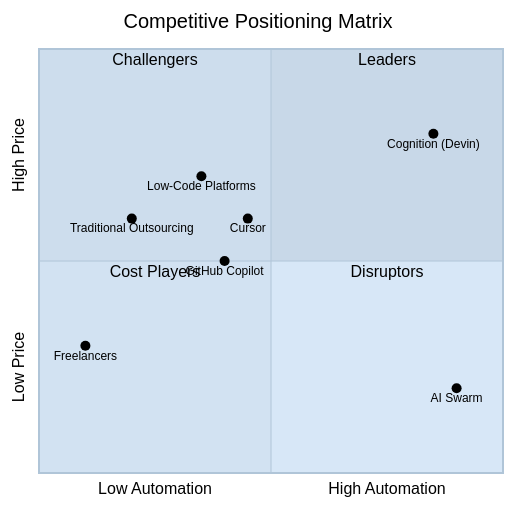
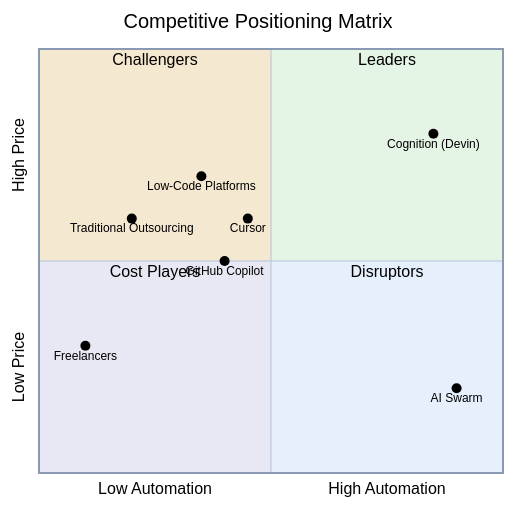
One commit to o2alexanderfedin/AI-Hive-Business-Docs changed the fifth of 8 diagrams in business-documents/market-analysis/05-competitive-landscape.md. Above: the diagram before and after it, drawn with Mermaid. The commit also changed other lines of this file, not shown here.

Commit message:
Add color coding to quadrant diagram sections
- Quadrant 1 (Leaders): Soft green (#E5F5E5)
- Quadrant 2 (Challengers): Soft yellow (#F5E8D0)
- Quadrant 3 (Cost Players): Soft purple (#E8E8F5)
- Quadrant 4 (Disruptors): Soft blue (#E5F0FC)
- Add color indicators to quadrant analysis
- Maintain black text for readability

````diff
--- a/business-documents/market-analysis/05-competitive-landscape.md
+++ b/business-documents/market-analysis/05-competitive-landscape.md
@@ -383,81 +383,48 @@
 ```mermaid
 %%{init: {
   'theme': 'base',
   'themeVariables': {
+    'quadrant1Fill': '#E5F5E5',
+    'quadrant2Fill': '#F5E8D0',
+    'quadrant3Fill': '#E8E8F5',
+    'quadrant4Fill': '#E5F0FC',
+    'quadrant1TextFill': '#000000',
+    'quadrant2TextFill': '#000000',
+    'quadrant3TextFill': '#000000',
+    'quadrant4TextFill': '#000000',
+    'quadrantPointFill': '#000000',
+    'quadrantPointTextFill': '#000000',
+    'quadrantXAxisTextFill': '#000000',
+    'quadrantYAxisTextFill': '#000000',
+    'quadrantInternalBorderStrokeFill': '#B0C5D8',
+    'quadrantExternalBorderStrokeFill': '#8A9AB2',
+    'quadrantTitleFill': '#000000',
     'primaryColor': '#C8D8E8',
     'primaryTextColor': '#000000',
     'primaryBorderColor': '#B0C5D8',
     'lineColor': '#B0C5D8',
-    'secondaryColor': '#B8DDD8',
-    'secondaryTextColor': '#000000',
-    'secondaryBorderColor': '#9ECCC5',
-    'tertiaryColor': '#C5DEF0',
-    'tertiaryTextColor': '#000000',
-    'tertiaryBorderColor': '#A8CCDE',
     'background': '#F8F8F8',
     'mainBkg': '#C8D8E8',
-    'secondBkg': '#B8DDD8',
-    'tertiaryBkg': '#C5DEF0',
-    'mainContrastColor': '#000000',
     'darkMode': false,
     'fontFamily': 'Arial, sans-serif',
-    'fontSize': '14px',
-    'labelBackground': '#F0F0F0',
-    'textColor': '#000000',
-    'nodeBkg': '#D5D8E5',
-    'nodeTextColor': '#000000',
-    'nodeBorder': '#C0C5D8',
-    'clusterBkg': '#E5D5DC',
-    'clusterBorder': '#D5C0CA',
-    'defaultLinkColor': '#B0C5D8',
-    'titleColor': '#000000',
-    'edgeLabelBackground': '#F8F8F8',
-    'actorBorder': '#B0C5D8',
-    'actorBkg': '#D5D8E5',
-    'actorTextColor': '#000000',
-    'actorLineColor': '#B0C5D8',
-    'signalColor': '#000000',
-    'signalTextColor': '#000000',
-    'activationBorderColor': '#B0C5D8',
-    'activationBkgColor': '#E5D5DC',
-    'sequenceNumberColor': '#000000',
-    'sectionBkgColor': '#F5E8D0',
-    'altSectionBkgColor': '#F0DFC5',
-    'sectionBkgColor2': '#E5D5DC',
-    'taskBorderColor': '#B0C5D8',
-    'taskBkgColor': '#D5D8E5',
-    'taskTextColor': '#000000',
-    'taskTextLightColor': '#000000',
-    'taskTextOutsideColor': '#000000',
-    'taskTextClickableColor': '#000000',
-    'activeTaskBorderColor': '#C8D8E8',
-    'activeTaskBkgColor': '#C5DEF0',
-    'gridColor': '#D8D8D8',
-    'doneTaskBkgColor': '#B8DDD8',
-    'doneTaskBorderColor': '#9ECCC5',
-    'critBorderColor': '#E5C8B0',
-    'critBkgColor': '#F0DFC5',
-    'todayLineColor': '#E5C8B0',
-    'labelColor': '#000000',
-    'errorBkgColor': '#E5D5DC',
-    'errorTextColor': '#000000'
+    'fontSize': '14px'
   }
 }}%%
 quadrantChart
     title Competitive Positioning Matrix
     x-axis Low Automation --> High Automation
     y-axis Low Price --> High Price
 
     quadrant-1 Leaders
     quadrant-2 Challengers
     quadrant-3 Cost Players
     quadrant-4 Disruptors
 
     "Traditional Outsourcing": [0.20, 0.60]
     "Freelancers": [0.10, 0.30]
     "GitHub Copilot": [0.40, 0.50]
     "Cursor": [0.45, 0.60]
     "Low-Code Platforms": [0.35, 0.70]
     "Cognition (Devin)": [0.85, 0.80]
     "AI Swarm": [0.90, 0.20]
 ```
````
